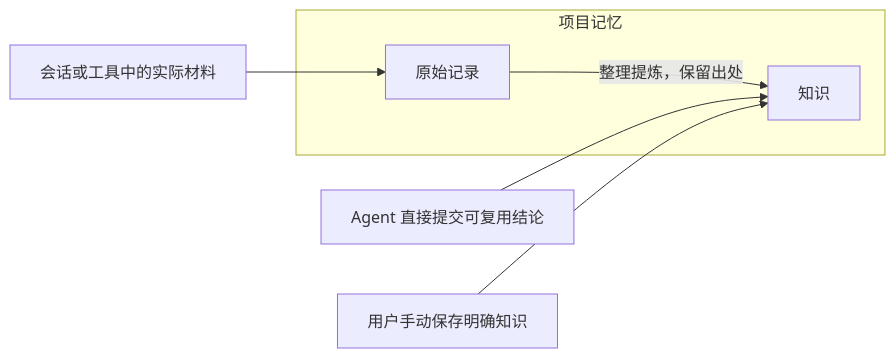
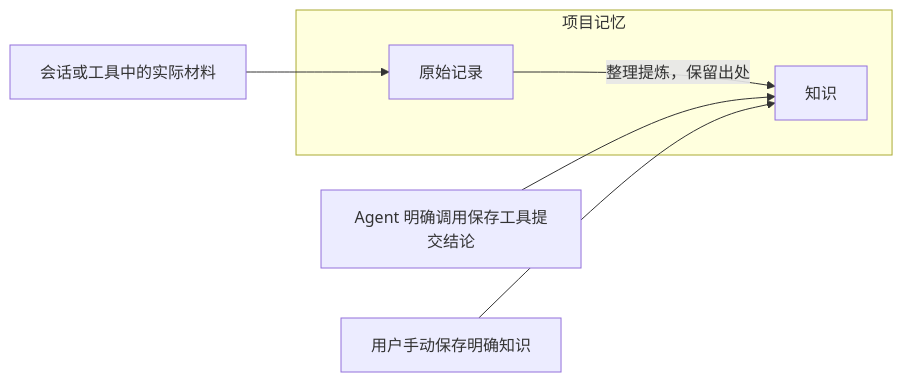
The diagram in docs/ui-redesign/content-model.md (zwhu/memlane), drawn with Mermaid before and after one commit. The commit also changed other lines of this file and 2 other files, not shown here.

Commit message:
docs: 澄清 Agent 保存能力与日常触发边界

````diff
--- a/docs/ui-redesign/content-model.md
+++ b/docs/ui-redesign/content-model.md
@@ -20,11 +20,11 @@
 ```mermaid
 flowchart LR
     S[会话或工具中的实际材料] --> R[原始记录]
     R -->|整理提炼，保留出处| K[知识]
-    A[Agent 直接提交可复用结论] --> K
+    A[Agent 明确调用保存工具提交结论] --> K
     U[用户手动保存明确知识] --> K
     subgraph M[项目记忆]
       R
       K
     end
 ```
````
